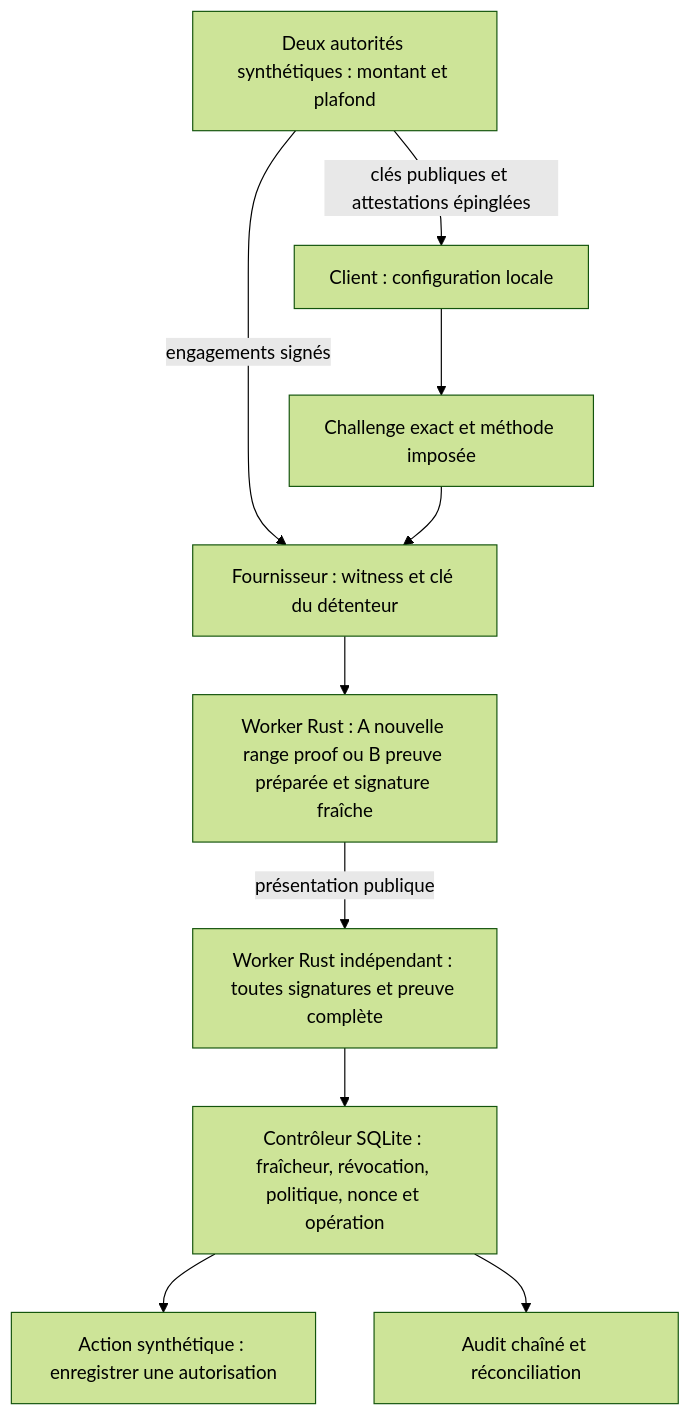
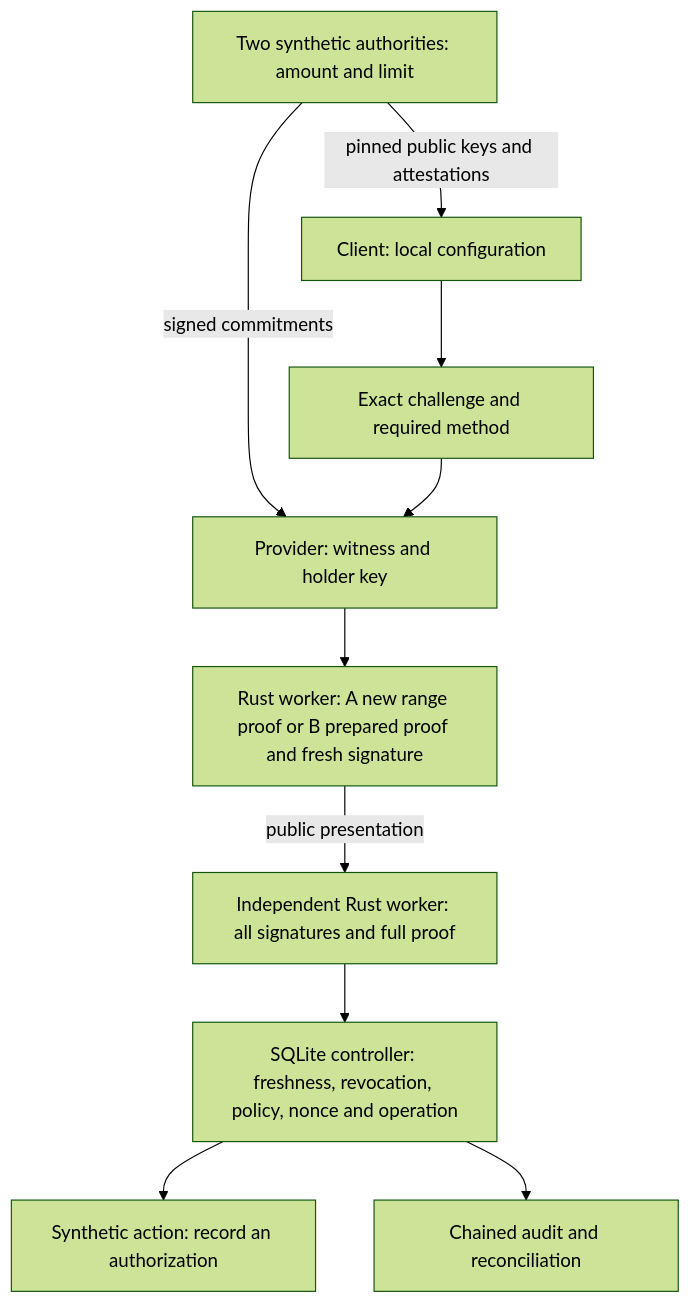
The diagram in docs/horizon/ARCHITECTURE.md (m4tth1euNa0p1c/ZK-agentiK), drawn with Mermaid (forest theme) before and after one commit. The commit also changed other lines of this file and 51 other files, not shown here.

````diff
--- a/docs/horizon/ARCHITECTURE.md
+++ b/docs/horizon/ARCHITECTURE.md
@@ -3,12 +3,12 @@
 ```mermaid
 flowchart TD
-  I[Deux autorités synthétiques : montant et plafond] -->|engagements signés| P[Fournisseur : witness et clé du détenteur]
-  I -->|clés publiques et attestations épinglées| V[Client : configuration locale]
-  V --> C[Challenge exact et méthode imposée]
+  I[Two synthetic authorities: amount and limit] -->|signed commitments| P[Provider: witness and holder key]
+  I -->|pinned public keys and attestations| V[Client: local configuration]
+  V --> C[Exact challenge and required method]
   C --> P
-  P --> R[Worker Rust : A nouvelle range proof ou B preuve préparée et signature fraîche]
-  R -->|présentation publique| W[Worker Rust indépendant : toutes signatures et preuve complète]
-  W --> F[Contrôleur SQLite : fraîcheur, révocation, politique, nonce et opération]
-  F --> T[Action synthétique : enregistrer une autorisation]
-  F --> A[Audit chaîné et réconciliation]
+  P --> R[Rust worker: A new range proof or B prepared proof and fresh signature]
+  R -->|public presentation| W[Independent Rust worker: all signatures and full proof]
+  W --> F[SQLite controller: freshness, revocation, policy, nonce and operation]
+  F --> T[Synthetic action: record an authorization]
+  F --> A[Chained audit and reconciliation]
 ```
````
